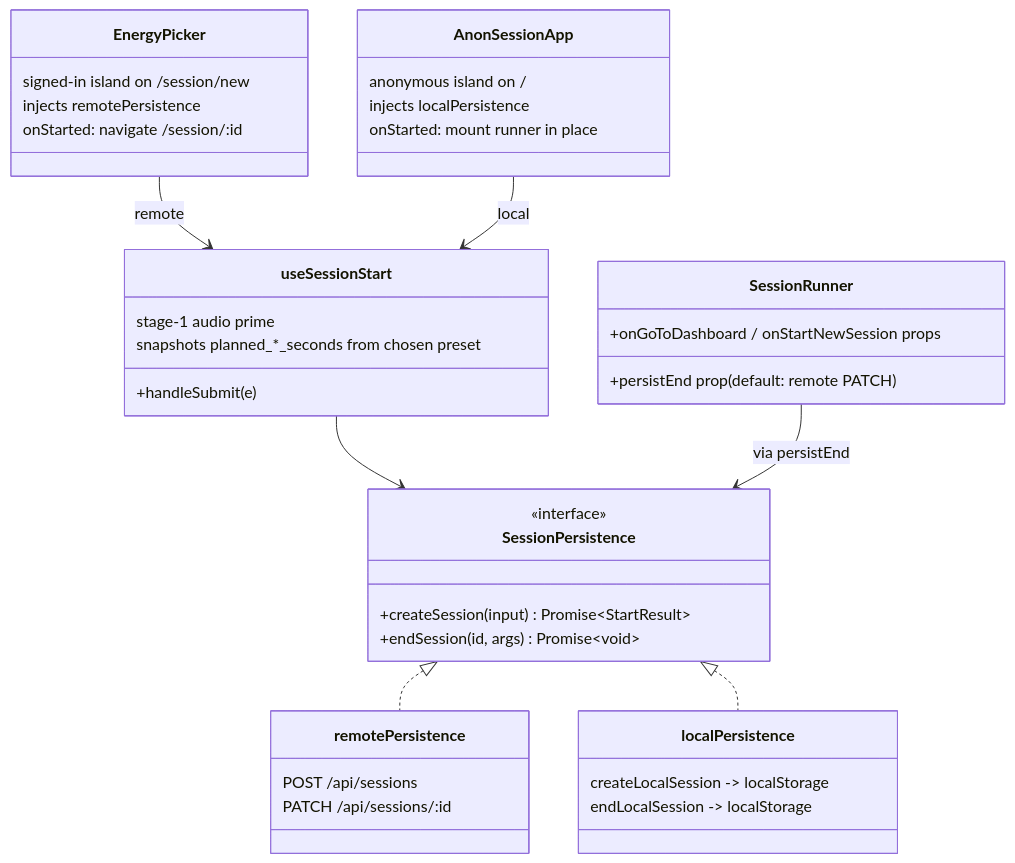
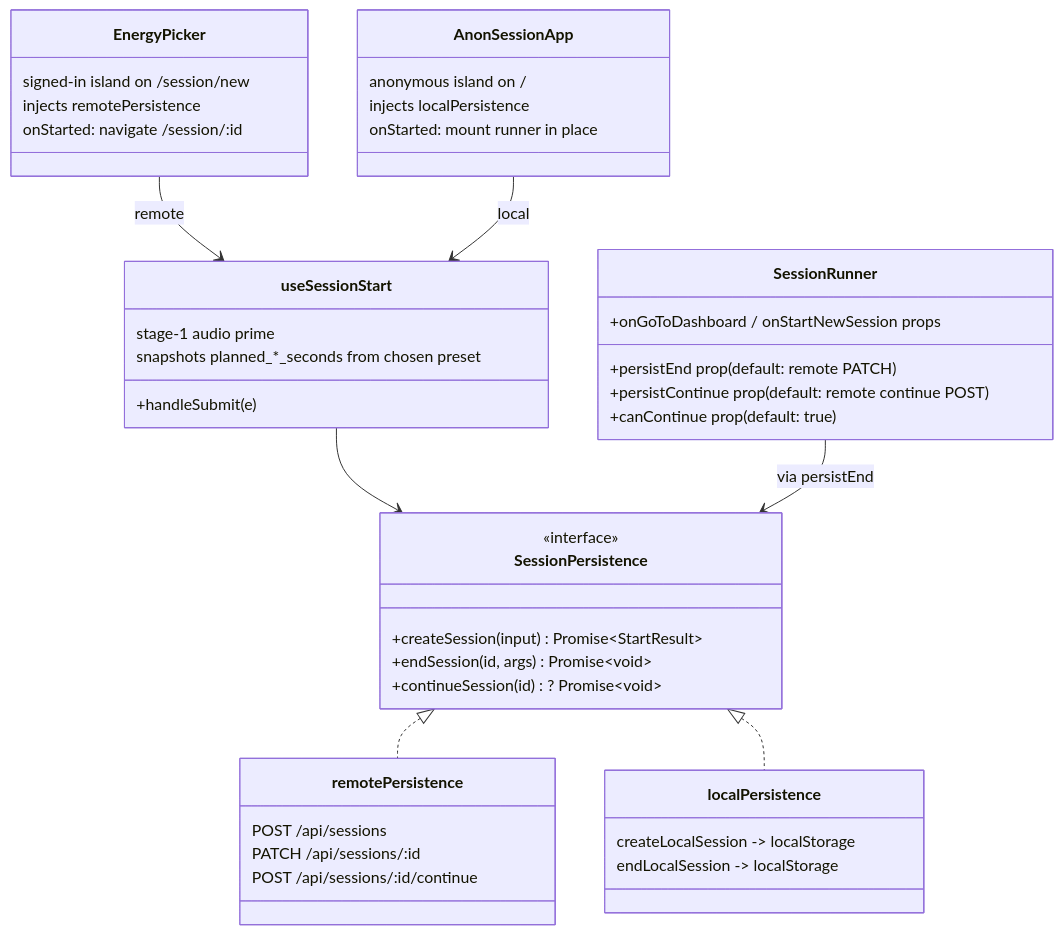
The seventh of 11 diagrams in context/foundation/arch.md (plpabla/pomosapiens), drawn with Mermaid before and after one commit. The commit also changed other lines of this file and 2 other files, not shown here.

````diff
--- a/context/foundation/arch.md
+++ b/context/foundation/arch.md
@@ -286,48 +313,52 @@
 ```mermaid
 classDiagram
     class SessionPersistence {
         <<interface>>
         +createSession(input) Promise~StartResult~
         +endSession(id, args) Promise~void~
+        +continueSession(id)? Promise~void~
     }
 
     class remotePersistence {
         POST /api/sessions
         PATCH /api/sessions/:id
+        POST /api/sessions/:id/continue
     }
 
     class localPersistence {
         createLocalSession -> localStorage
         endLocalSession -> localStorage
     }
 
     class useSessionStart {
         +handleSubmit(e)
         stage-1 audio prime
         snapshots planned_*_seconds from chosen preset
     }
 
     class SessionRunner {
         +persistEnd prop (default: remote PATCH)
+        +persistContinue prop (default: remote continue POST)
+        +canContinue prop (default: true)
         +onGoToDashboard / onStartNewSession props
     }
 
     class EnergyPicker {
         signed-in island on /session/new
         injects remotePersistence
         onStarted: navigate /session/:id
     }
 
     class AnonSessionApp {
         anonymous island on /
         injects localPersistence
         onStarted: mount runner in place
     }
 
     SessionPersistence <|.. remotePersistence
     SessionPersistence <|.. localPersistence
     useSessionStart --> SessionPersistence
     SessionRunner --> SessionPersistence : via persistEnd
     EnergyPicker --> useSessionStart : remote
     AnonSessionApp --> useSessionStart : local
 ```
````
